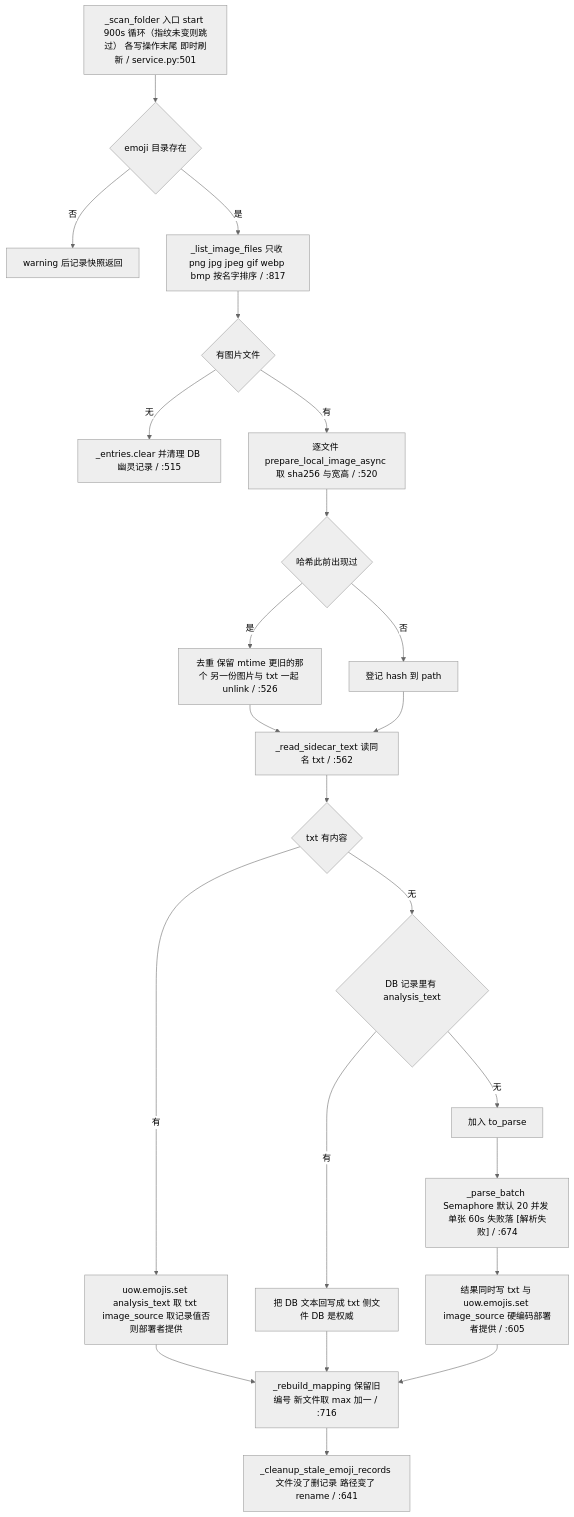
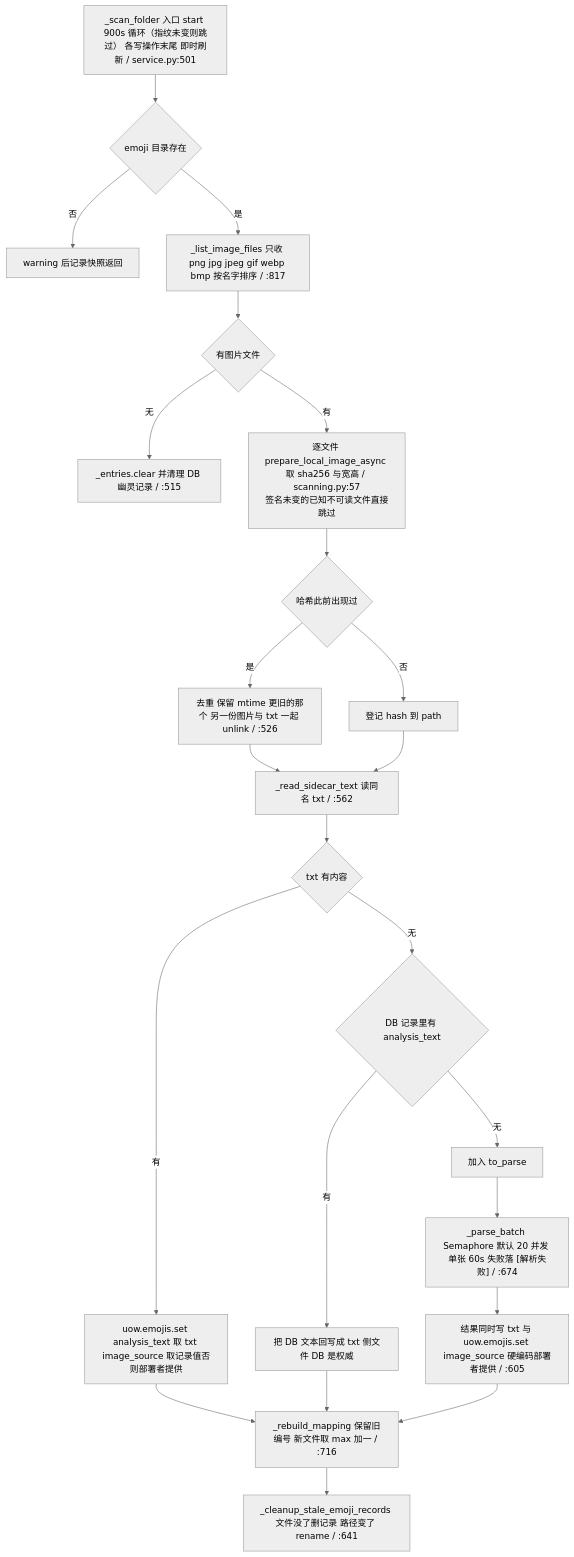
Before and after one commit to SuperQuail/NeoBot: the seventh of 14 diagrams in docs/flow/14-emoji-image-parse.md, drawn with Mermaid (neutral theme). The commit also changed other lines of this file and 5 other files, not shown here.

````diff
--- a/docs/flow/14-emoji-image-parse.md
+++ b/docs/flow/14-emoji-image-parse.md
@@ -261,25 +261,25 @@
 ```mermaid
 flowchart TD
     A["_scan_folder 入口 start 900s 循环（指纹未变则跳过） 各写操作末尾 即时刷新 / service.py:501"] --> B{"emoji 目录存在"}
     B -- 否 --> B1["warning 后记录快照返回"]
     B -- 是 --> C["_list_image_files 只收 png jpg jpeg gif webp bmp 按名字排序 / :817"]
     C --> D{"有图片文件"}
     D -- 无 --> D1["_entries.clear 并清理 DB 幽灵记录 / :515"]
-    D -- 有 --> E["逐文件 prepare_local_image_async 取 sha256 与宽高 / :520"]
+    D -- 有 --> E["逐文件 prepare_local_image_async 取 sha256 与宽高 / scanning.py:57<br/>签名未变的已知不可读文件直接跳过"]
     E --> F{"哈希此前出现过"}
     F -- 是 --> G["去重 保留 mtime 更旧的那个 另一份图片与 txt 一起 unlink / :526"]
     F -- 否 --> H["登记 hash 到 path"]
     G --> I["_read_sidecar_text 读同名 txt / :562"]
     H --> I
     I --> J{"txt 有内容"}
     J -- 有 --> K["uow.emojis.set analysis_text 取 txt image_source 取记录值否则部署者提供"]
     J -- 无 --> L{"DB 记录里有 analysis_text"}
     L -- 有 --> M["把 DB 文本回写成 txt 侧文件 DB 是权威"]
     L -- 无 --> N["加入 to_parse"]
     N --> O["_parse_batch Semaphore 默认 20 并发 单张 60s 失败落 [解析失败] / :674"]
     O --> P["结果同时写 txt 与 uow.emojis.set image_source 硬编码部署者提供 / :605"]
     K --> Q["_rebuild_mapping 保留旧编号 新文件取 max 加一 / :716"]
     M --> Q
     P --> Q
     Q --> R["_cleanup_stale_emoji_records 文件没了删记录 路径变了 rename / :641"]
 ```
````
